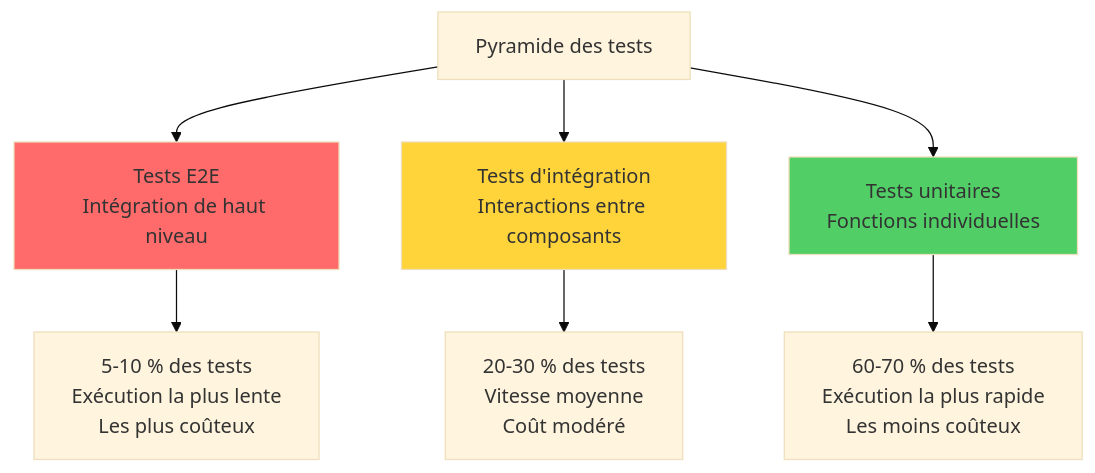
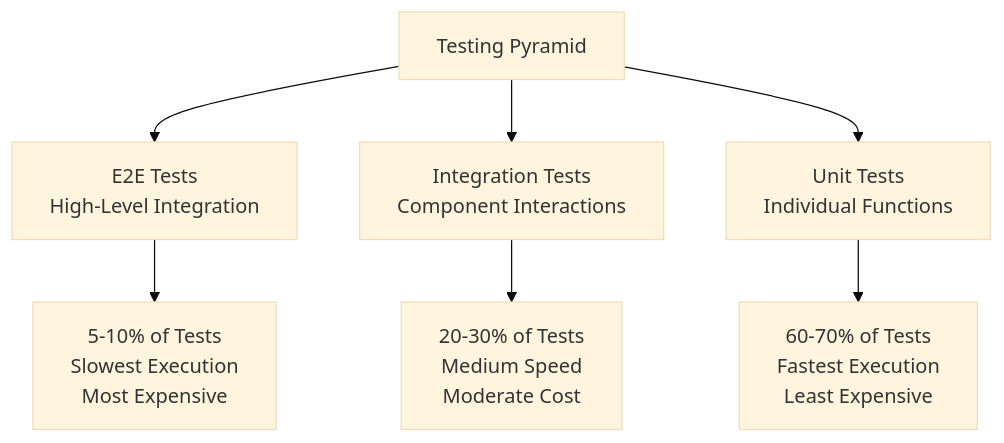
One commit to BabaScience/react-guides changed the first of 10 diagrams in arguments/chapters/fr/10-testing.md. Above: the diagram before and after it, drawn with Mermaid (base theme). The commit also changed other lines of this file and 29 other files, not shown here.

First line of the commit message:
Bring React FR/IT translations to full English parity + theme-safe diagrams

````diff
--- a/arguments/chapters/fr/10-testing.md
+++ b/arguments/chapters/fr/10-testing.md
@@ -22,14 +26,11 @@
 ```mermaid
 graph TD
-    A[Pyramide des tests] --> B[Tests E2E<br/>Intégration de haut niveau]
-    A --> C[Tests d'intégration<br/>Interactions entre composants]
-    A --> D[Tests unitaires<br/>Fonctions individuelles]
-
-    B --> B1[5-10 % des tests<br/>Exécution la plus lente<br/>Les plus coûteux]
-    C --> C1[20-30 % des tests<br/>Vitesse moyenne<br/>Coût modéré]
-    D --> D1[60-70 % des tests<br/>Exécution la plus rapide<br/>Les moins coûteux]
-
-    style B fill:#ff6b6b
-    style C fill:#ffd43b
-    style D fill:#51cf66
+    A[Testing Pyramid] --> B[E2E Tests<br/>High-Level Integration]
+    A --> C[Integration Tests<br/>Component Interactions]
+    A --> D[Unit Tests<br/>Individual Functions]
+    
+    B --> B1[5-10% of Tests<br/>Slowest Execution<br/>Most Expensive]
+    C --> C1[20-30% of Tests<br/>Medium Speed<br/>Moderate Cost]
+    D --> D1[60-70% of Tests<br/>Fastest Execution<br/>Least Expensive]
+    
 ```
````
